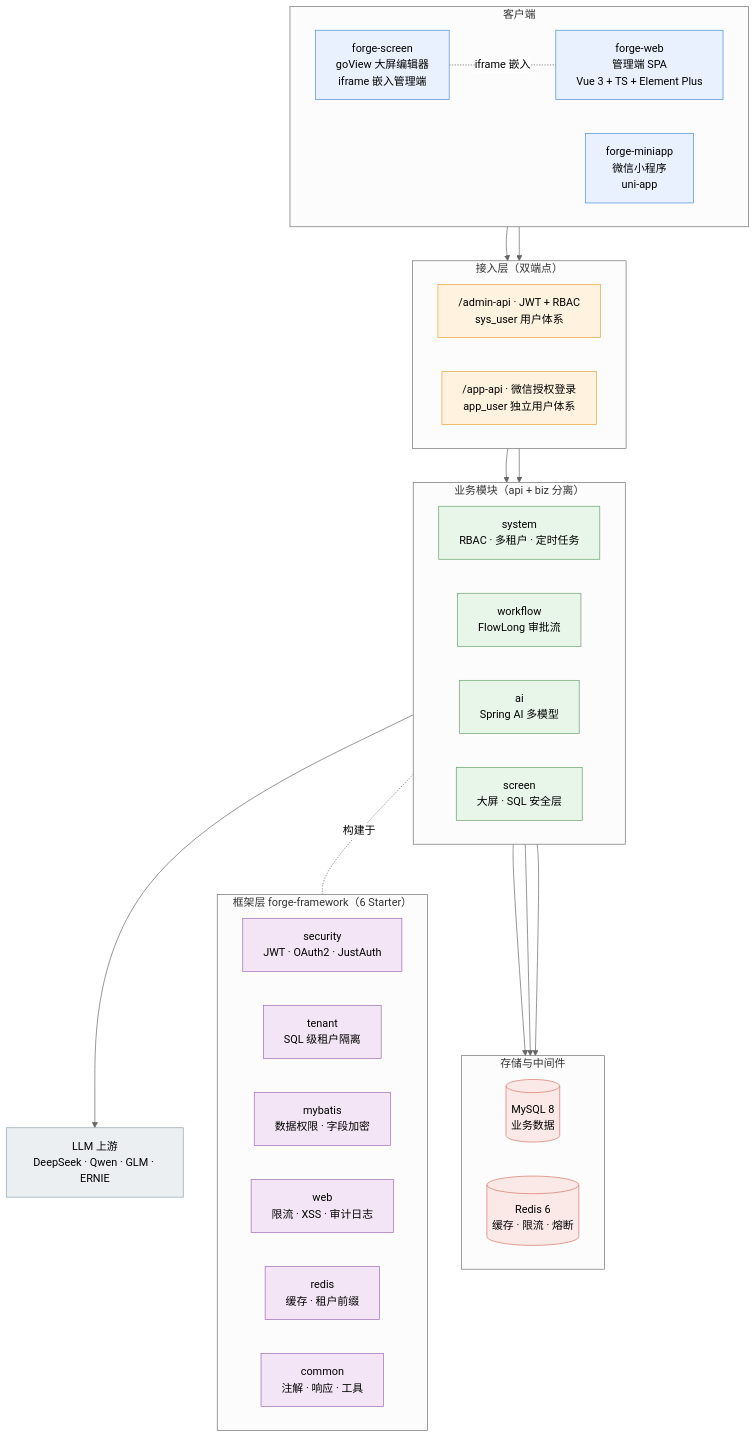
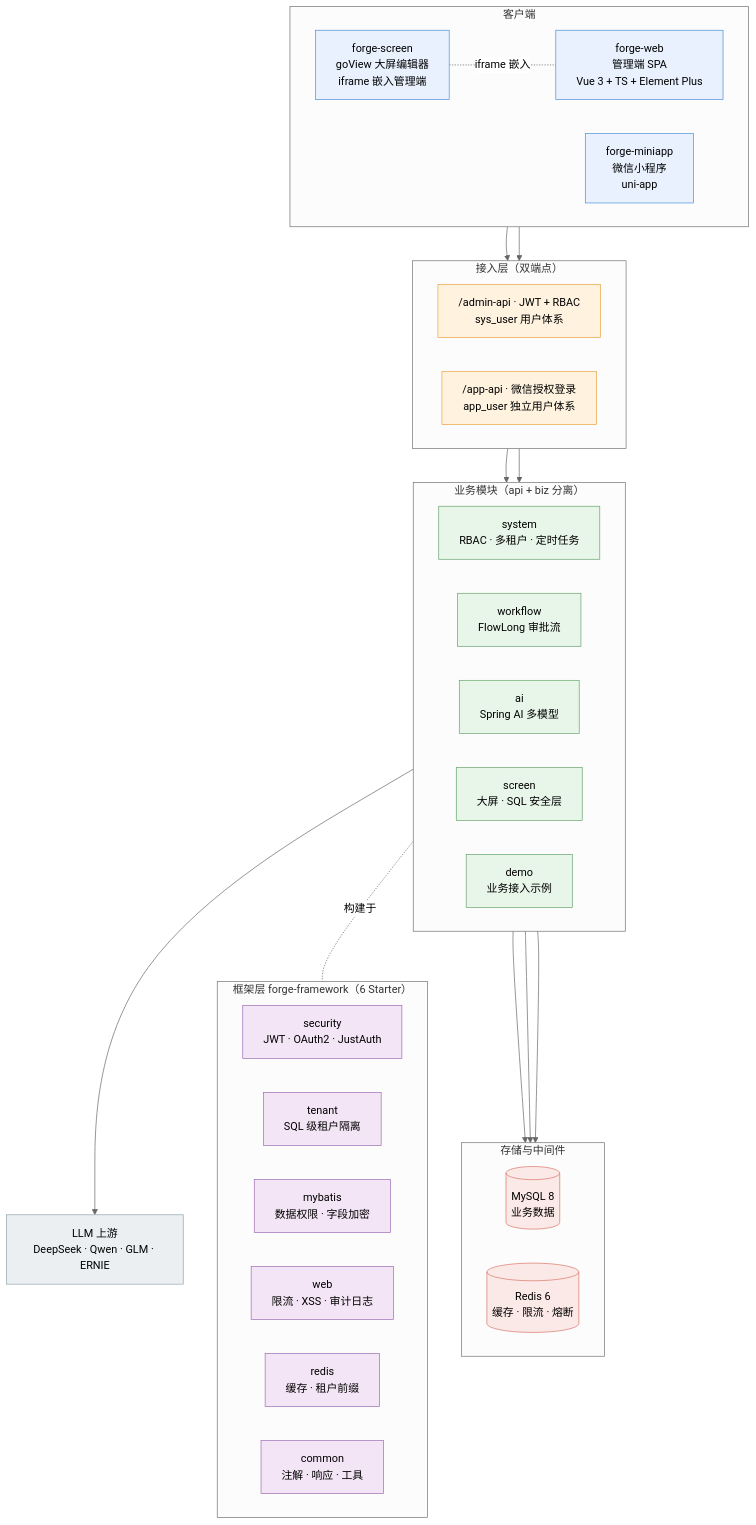
One commit to wlddhj/forge-admin changed the diagram in README.md. Above: the diagram before and after it, drawn with Mermaid (neutral theme). The commit also changed other lines of this file and 4 other files, not shown here.

````diff
--- a/README.md
+++ b/README.md
@@ -46,64 +46,65 @@
 ```mermaid
 graph TB
     subgraph client["客户端"]
         direction LR
         Web["forge-web<br/>管理端 SPA<br/>Vue 3 + TS + Element Plus"]
         Mini["forge-miniapp<br/>微信小程序<br/>uni-app"]
         Screen["forge-screen<br/>goView 大屏编辑器<br/>iframe 嵌入管理端"]
     end
 
     subgraph gateway["接入层（双端点）"]
         direction LR
         AdminAPI["/admin-api · JWT + RBAC<br/>sys_user 用户体系"]
         AppAPI["/app-api · 微信授权登录<br/>app_user 独立用户体系"]
     end
 
     subgraph biz["业务模块（api + biz 分离）"]
         direction LR
         System["system<br/>RBAC · 多租户 · 定时任务"]
         Workflow["workflow<br/>FlowLong 审批流"]
         AI["ai<br/>Spring AI 多模型"]
         ScreenBiz["screen<br/>大屏 · SQL 安全层"]
+        Demo["demo<br/>业务接入示例"]
     end
 
     subgraph framework["框架层 forge-framework（6 Starter）"]
         direction LR
         FSecurity["security<br/>JWT · OAuth2 · JustAuth"]
         FTenant["tenant<br/>SQL 级租户隔离"]
         FMybatis["mybatis<br/>数据权限 · 字段加密"]
         FWeb["web<br/>限流 · XSS · 审计日志"]
         FRedis["redis<br/>缓存 · 租户前缀"]
         FCommon["common<br/>注解 · 响应 · 工具"]
     end
 
     subgraph storage["存储与中间件"]
         direction LR
         MySQL[("MySQL 8<br/>业务数据")]
         Redis[("Redis 6<br/>缓存 · 限流 · 熔断")]
     end
 
     LLM["LLM 上游<br/>DeepSeek · Qwen · GLM · ERNIE"]
 
     Web --> AdminAPI
     Mini --> AppAPI
     Screen -.iframe 嵌入.- Web
     AdminAPI --> biz
     AppAPI --> biz
     biz --> MySQL
     System & ScreenBiz --> Redis
     AI --> LLM
     biz -.构建于.- framework
 
     classDef clientStyle fill:#E8F1FD,stroke:#4A90D9
     classDef gatewayStyle fill:#FFF3E0,stroke:#E8A23D
     classDef bizStyle fill:#E8F5E9,stroke:#66A36B
     classDef frameworkStyle fill:#F3E5F5,stroke:#9C6BB5
     classDef storageStyle fill:#FBE9E7,stroke:#D87566
     classDef externalStyle fill:#ECEFF1,stroke:#90A4AE
     class Web,Mini,Screen clientStyle
     class AdminAPI,AppAPI gatewayStyle
-    class System,Workflow,AI,ScreenBiz bizStyle
+    class System,Workflow,AI,ScreenBiz,Demo bizStyle
     class FSecurity,FTenant,FMybatis,FWeb,FRedis,FCommon frameworkStyle
     class MySQL,Redis storageStyle
     class LLM externalStyle
 ```
````
